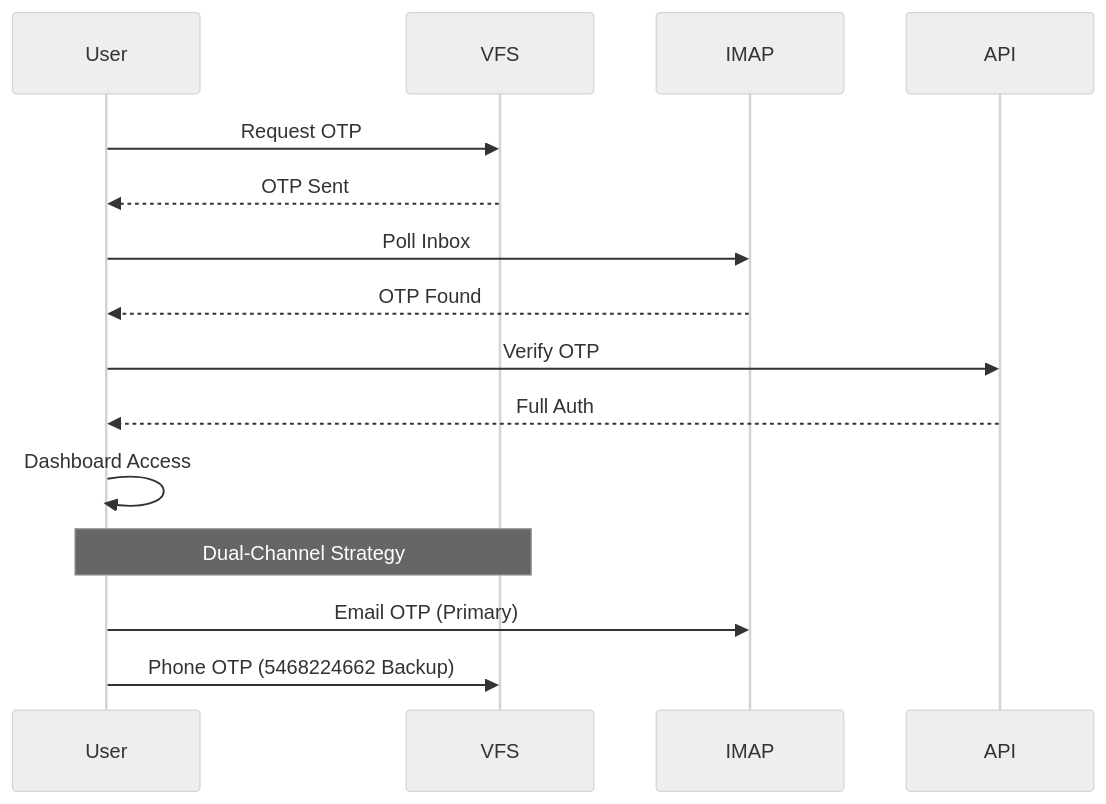
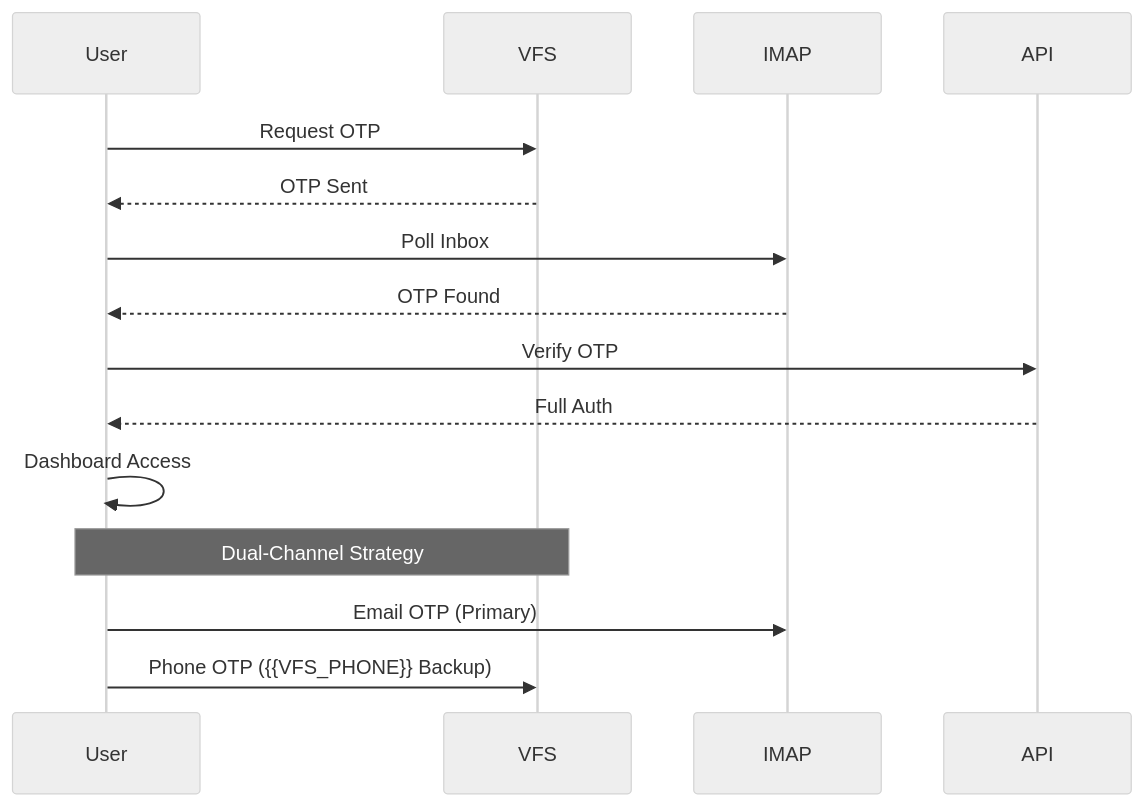
The second of 6 diagrams in .a0proj/knowledge/vfs-automation-comprehensive.md (kodabi-ai/vfs-bot), drawn with Mermaid (neutral theme) before and after one commit. The commit also changed other lines of this file and 62 other files, not shown here.

````diff
--- a/.a0proj/knowledge/vfs-automation-comprehensive.md
+++ b/.a0proj/knowledge/vfs-automation-comprehensive.md
@@ -59,19 +59,19 @@
 ```mermaid
 sequenceDiagram
     participant User
     participant VFS
     participant IMAP
     participant API
     
     User->>VFS: Request OTP
     VFS-->>User: OTP Sent
     User->>IMAP: Poll Inbox
     IMAP-->>User: OTP Found
     User->>API: Verify OTP
     API-->>User: Full Auth
     User->>User: Dashboard Access
     
     Note over User,VFS: Dual-Channel Strategy
     User->>IMAP: Email OTP (Primary)
-    User->>VFS: Phone OTP (5468224662 Backup)
+    User->>VFS: Phone OTP ({{VFS_PHONE}} Backup)
 ```
````
